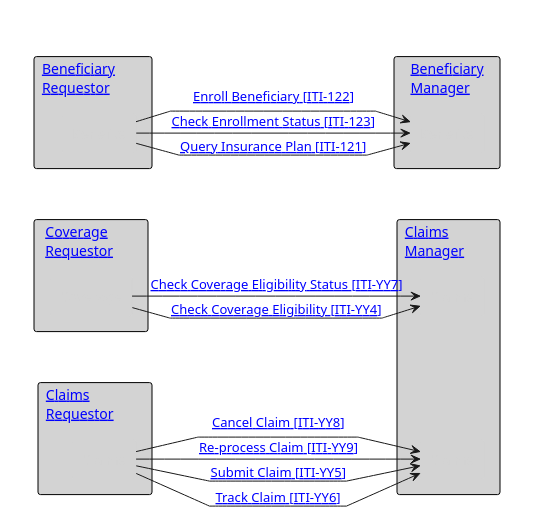
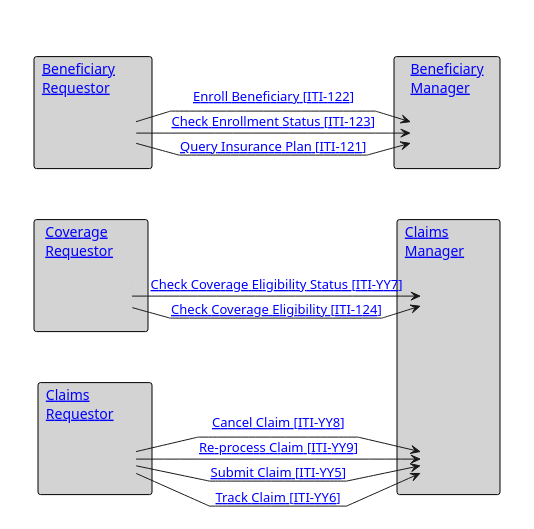
One commit to IHE/ITI.Finance changed the diagram in input/images-source/ActorsAndTransactions.plantuml. Above: the diagram before and after it, drawn with PlantUML. The commit also changed 14 other files, not shown here.

```diff
--- a/input/images-source/ActorsAndTransactions.plantuml
+++ b/input/images-source/ActorsAndTransactions.plantuml
@@ -1,59 +1,59 @@
 @startuml
 skinparam package {
   BorderColor transparent
   BackgroundColor transparent
   Shadowing false
 }
 skinparam rectangle {
   BorderColor black
   BackgroundColor lightgrey
   Shadowing false
   FontStyle normal
 }
 skinparam agent {
   BorderColor lightgrey
   BackgroundColor lightgrey
   FontColor lightgrey
   Shadowing false
 }
 
 hide footbox
 'skinparam svgDimensionStyle false
 skinparam linetype polyline
 package "  "  {
   rectangle "[[#beneficiary-requestor Beneficiary        \nRequestor]]" as br {
     agent "Benefits" as BenReq
   }
   rectangle "[[#coverage-requestor Coverage        \nRequestor]]" as cr {
     agent "Coverage" as CovReq
   }
   rectangle "[[#claims-requestor Claims               \nRequestor]]" as cl {
     agent "Claims" as ClaimReq
   }
 }
 
 package " "  {
   rectangle "[[#beneficiary-manager Beneficiary\nManager]]" as Ben {
     agent "Benefits" as BenMan
   }
   rectangle "[[#claims-manager Claims            \nManager]]" as ClaimMan {
     agent "Claims" as ClaimMan1
     agent "Claims" as ClaimMan2
   }
 }
 BenReq -> BenMan : "[[ITI-121.html Query Insurance Plan &#91;ITI-121&#93;]]"
 BenReq -> BenMan : "[[ITI-122.html Enroll Beneficiary &#91;ITI-122&#93;]]"
 BenReq -> BenMan : "[[ITI-123.html Check Enrollment Status &#91;ITI-123&#93;]]"
 BenReq -[hidden]-> CovReq: ""
 CovReq -[hidden]-> ClaimReq: ""
 BenMan -[hidden]-> ClaimMan1: ""
 ClaimMan1 -[hidden]-> ClaimMan2: ""
-CovReq -> ClaimMan1 : "[[ITI-YY4.html Check Coverage Eligibility &#91;ITI-YY4&#93;]]"
+CovReq -> ClaimMan1 : "[[ITI-124.html Check Coverage Eligibility &#91;ITI-124&#93;]]"
 CovReq -> ClaimMan1 : "[[ITI-YY7.html Check Coverage Eligibility Status &#91;ITI-YY7&#93;]]"
 ClaimReq -> ClaimMan2 : "[[ITI-YY5.html Submit Claim &#91;ITI-YY5&#93;]]"
 ClaimReq -> ClaimMan2 : "[[ITI-YY8.html Cancel Claim &#91;ITI-YY8&#93;]]"
 ClaimReq -> ClaimMan2 : "[[ITI-YY9.html Re-process Claim &#91;ITI-YY9&#93;]]"
 ClaimReq -> ClaimMan2 : "[[ITI-YY6.html Track Claim &#91;ITI-YY6&#93;]]"
 
 
 @endum
```
